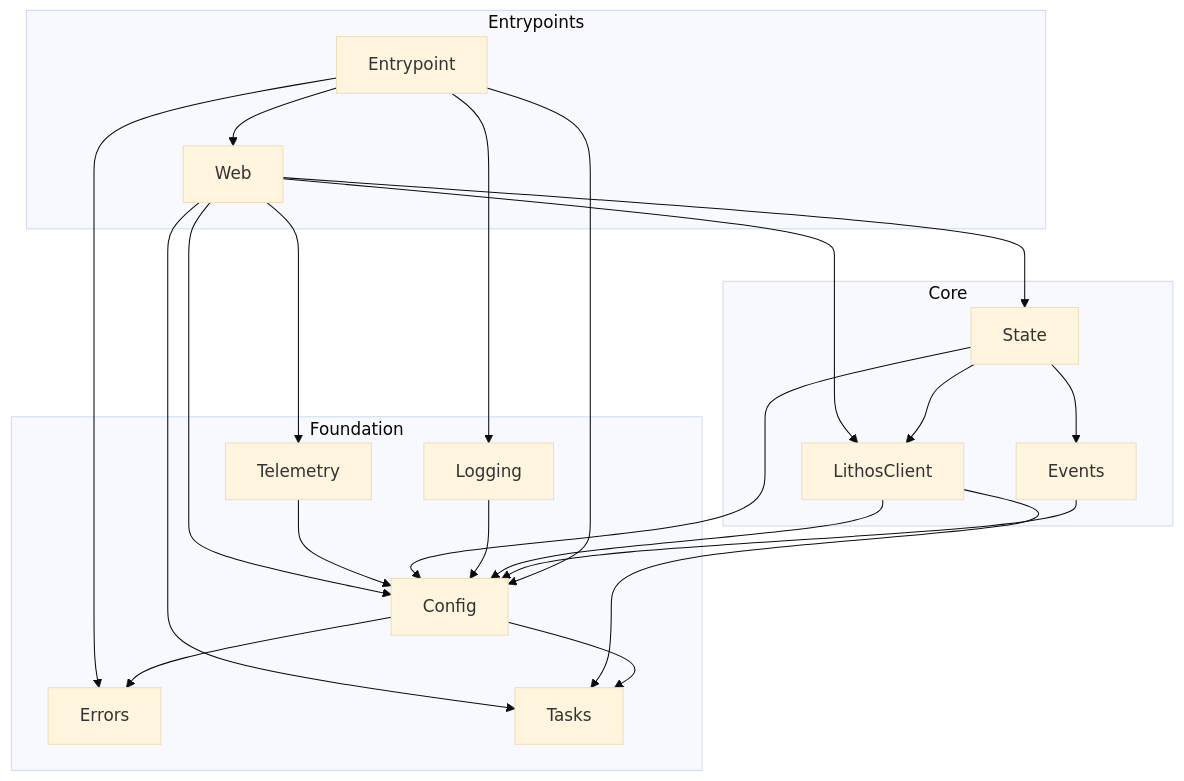
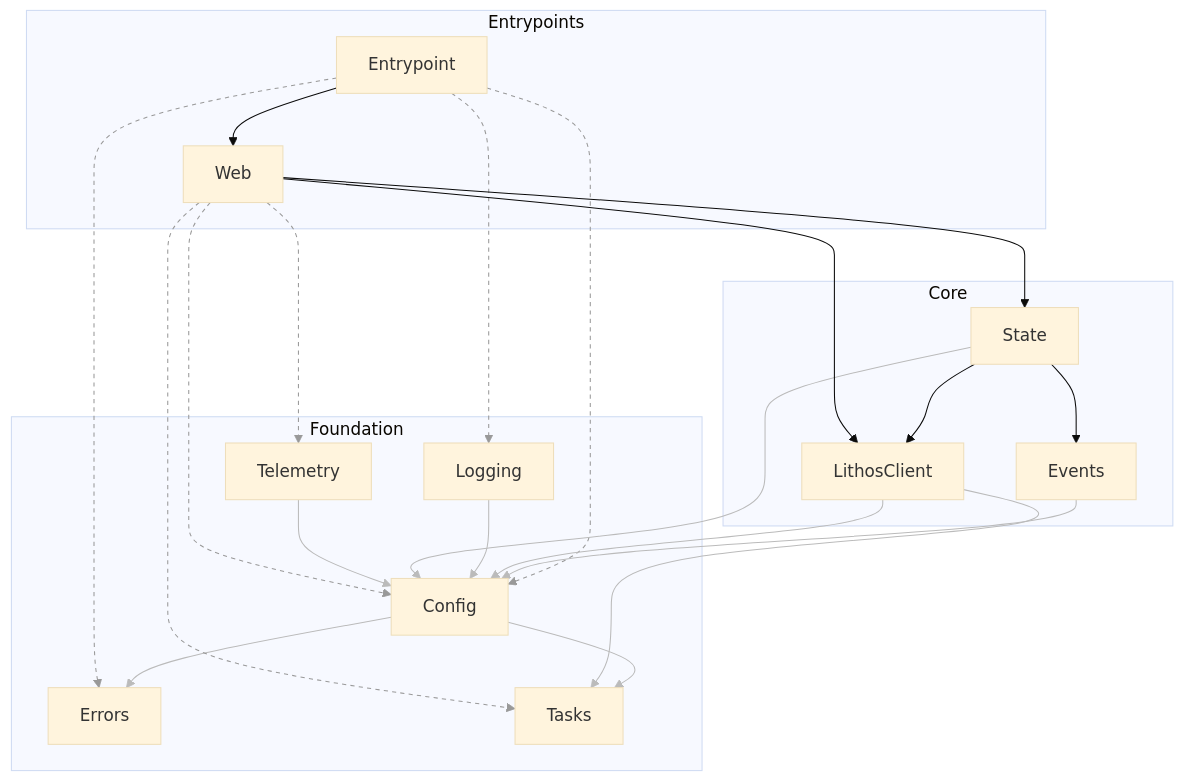
The diagram in docs/generated/architecture.md (agent-lore/lithos-lens), drawn with Mermaid (base theme) before and after one commit. The commit also changed 40 other files, not shown here.

First line of the commit message:
feat(guardrail): extend architecture tooling — metrics, budgets, trends, per-component pages (#16)

````diff
--- a/docs/generated/architecture.md
+++ b/docs/generated/architecture.md
@@ -6,38 +6,62 @@
 ```mermaid
 graph TD
   subgraph tier_Core["Core"]
     Events
     LithosClient
     State
   end
   subgraph tier_Entrypoints["Entrypoints"]
     Entrypoint
     Web
   end
   subgraph tier_Foundation["Foundation"]
     Config
     Errors
     Logging
     Tasks
     Telemetry
   end
+  click Config "components/Config.md"
+  click Entrypoint "components/Entrypoint.md"
+  click Errors "components/Errors.md"
+  click Events "components/Events.md"
+  click LithosClient "components/LithosClient.md"
+  click Logging "components/Logging.md"
+  click State "components/State.md"
+  click Tasks "components/Tasks.md"
+  click Telemetry "components/Telemetry.md"
+  click Web "components/Web.md"
   Config --> Errors
   Config --> Tasks
   Entrypoint --> Config
   Entrypoint --> Errors
   Entrypoint --> Logging
   Entrypoint --> Web
   Events --> Config
   LithosClient --> Config
   LithosClient --> Tasks
   Logging --> Config
   State --> Config
   State --> Events
   State --> LithosClient
   Telemetry --> Config
   Web --> Config
   Web --> LithosClient
   Web --> State
   Web --> Tasks
   Web --> Telemetry
+  linkStyle 0 stroke:#bbb
+  linkStyle 1 stroke:#bbb
+  linkStyle 2 stroke:#999,stroke-dasharray:4
+  linkStyle 3 stroke:#999,stroke-dasharray:4
+  linkStyle 4 stroke:#999,stroke-dasharray:4
+  linkStyle 6 stroke:#bbb
+  linkStyle 7 stroke:#bbb
+  linkStyle 8 stroke:#bbb
+  linkStyle 9 stroke:#bbb
+  linkStyle 10 stroke:#bbb
+  linkStyle 13 stroke:#bbb
+  linkStyle 14 stroke:#999,stroke-dasharray:4
+  linkStyle 17 stroke:#999,stroke-dasharray:4
+  linkStyle 18 stroke:#999,stroke-dasharray:4
 ```
````
